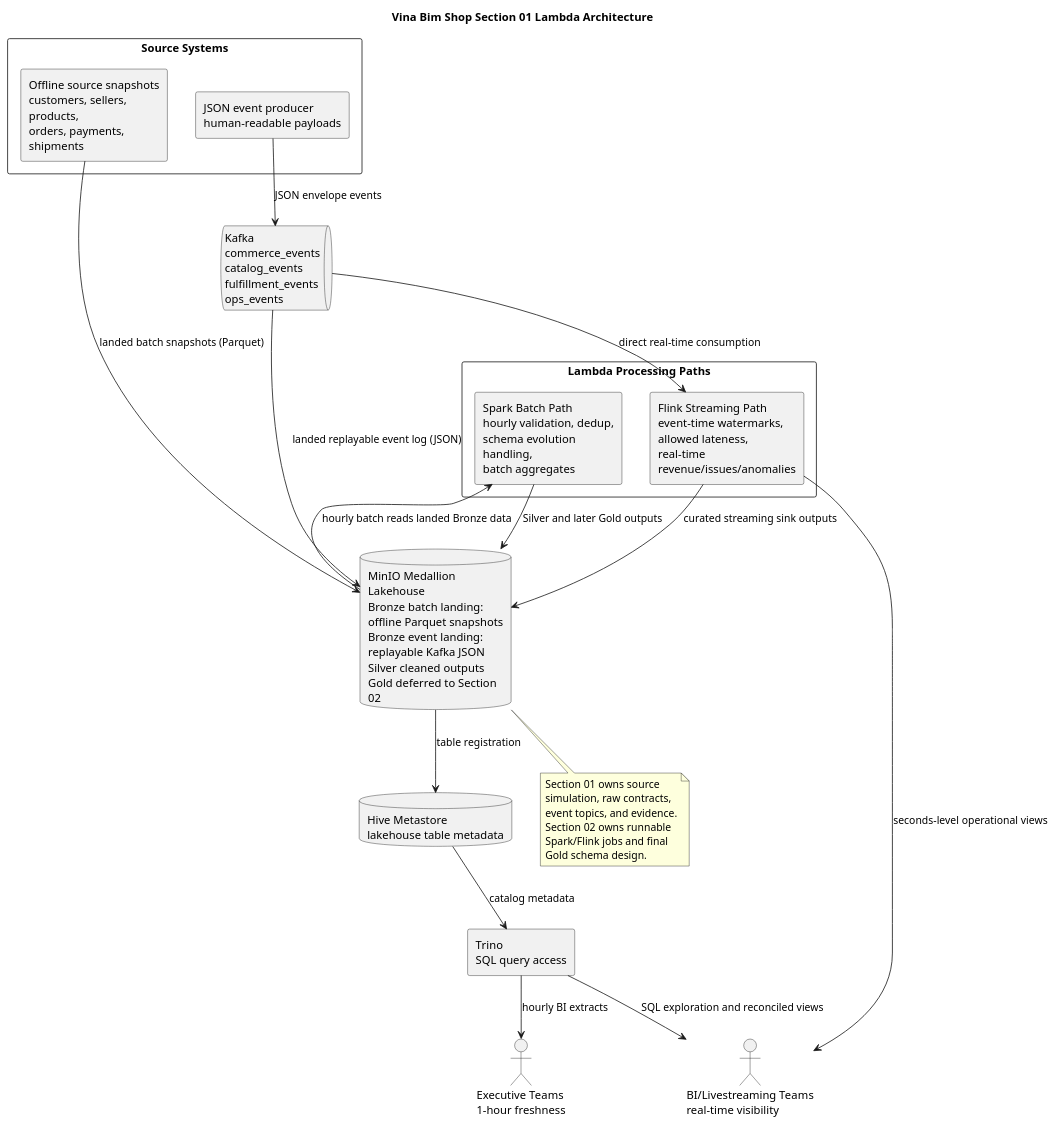
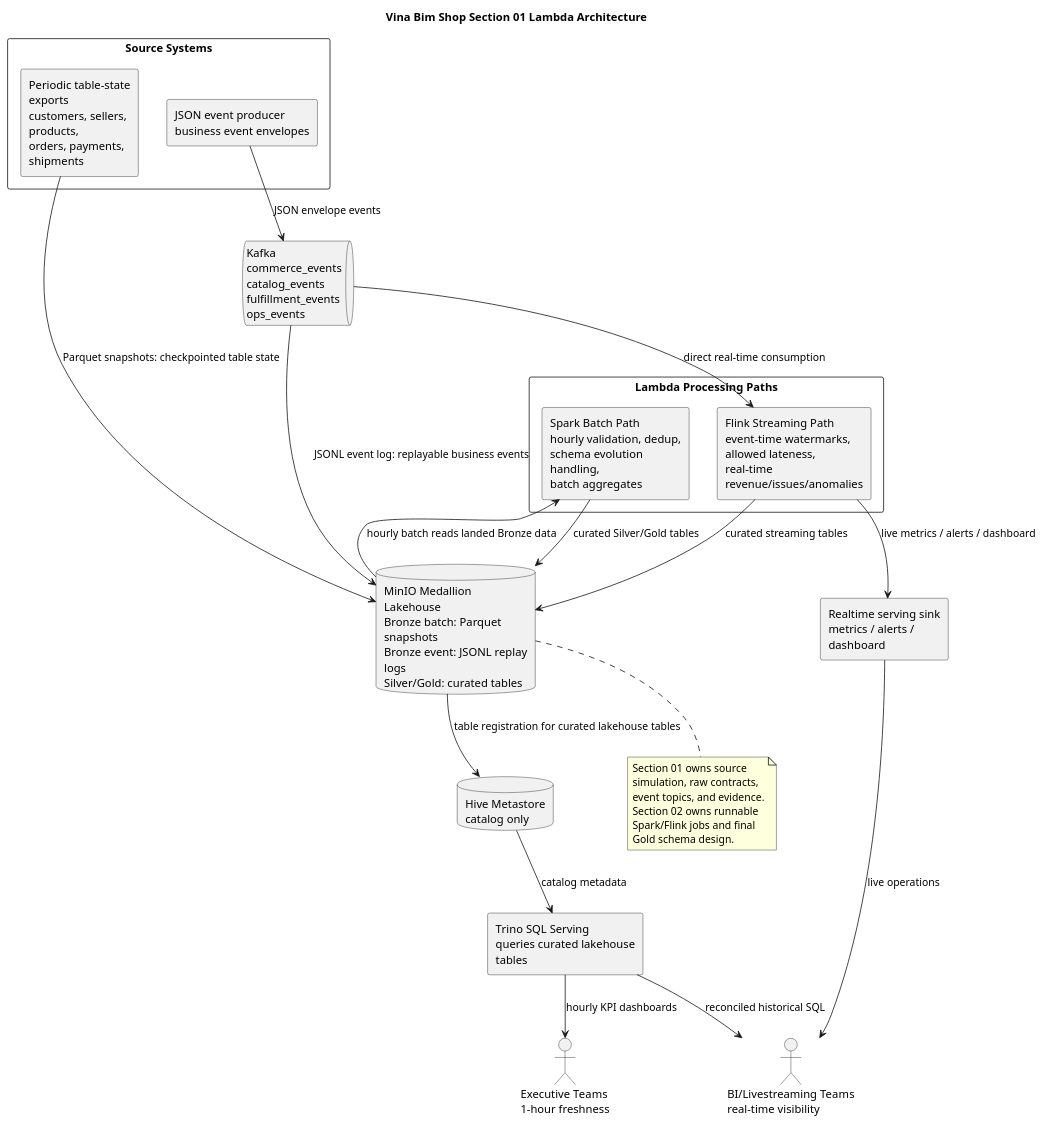
One commit to hhoangdo/ecom-data-platform changed the diagram in architecture/diagrams/lambda_architecture.puml. Above: the diagram before and after it, drawn with PlantUML. The commit also changed 9 other files, not shown here.

First line of the commit message:
Refactor Lambda architecture documentation and pipeline configuration

```diff
--- a/architecture/diagrams/lambda_architecture.puml
+++ b/architecture/diagrams/lambda_architecture.puml
@@ -1,45 +1,47 @@
 @startuml
 title Vina Bim Shop Section 01 Lambda Architecture
 
 skinparam componentStyle rectangle
 skinparam shadowing false
 skinparam wrapWidth 180
 
 actor "Executive Teams\n1-hour freshness" as Executive
 actor "BI/Livestreaming Teams\nreal-time visibility" as BI
 
 rectangle "Source Systems" as Sources {
-  component "Offline source snapshots\ncustomers, sellers, products,\norders, payments, shipments" as Offline
-  component "JSON event producer\nhuman-readable payloads" as Producer
+  component "Periodic table-state exports\ncustomers, sellers, products,\norders, payments, shipments" as Offline
+  component "JSON event producer\nbusiness event envelopes" as Producer
 }
 
 queue "Kafka\ncommerce_events\ncatalog_events\nfulfillment_events\nops_events" as Kafka
 
 rectangle "Lambda Processing Paths" as Lambda {
   component "Spark Batch Path\nhourly validation, dedup,\nschema evolution handling,\nbatch aggregates" as Spark
   component "Flink Streaming Path\nevent-time watermarks,\nallowed lateness,\nreal-time revenue/issues/anomalies" as Flink
 }
 
-database "MinIO Medallion Lakehouse\nBronze batch landing: offline Parquet snapshots\nBronze event landing: replayable Kafka JSON\nSilver cleaned outputs\nGold deferred to Section 02" as MinIO
-database "Hive Metastore\nlakehouse table metadata" as Hive
-component "Trino\nSQL query access" as Trino
+database "MinIO Medallion Lakehouse\nBronze batch: Parquet snapshots\nBronze event: JSONL replay logs\nSilver/Gold: curated tables" as MinIO
+database "Hive Metastore\ncatalog only" as Hive
+component "Trino SQL Serving\nqueries curated lakehouse tables" as Trino
+component "Realtime serving sink\nmetrics / alerts / dashboard" as Realtime
 
-Offline --> MinIO : landed batch snapshots (Parquet)
+Offline --> MinIO : Parquet snapshots: checkpointed table state
 Producer --> Kafka : JSON envelope events
 Kafka --> Flink : direct real-time consumption
-Kafka --> MinIO : landed replayable event log (JSON)
+Kafka --> MinIO : JSONL event log: replayable business events
 MinIO --> Spark : hourly batch reads landed Bronze data
-Spark --> MinIO : Silver and later Gold outputs
-Flink --> MinIO : curated streaming sink outputs
-MinIO --> Hive : table registration
+Spark --> MinIO : curated Silver/Gold tables
+Flink --> Realtime : live metrics / alerts / dashboard
+Realtime --> BI : live operations
+Flink --> MinIO : curated streaming tables
+MinIO --> Hive : table registration for curated lakehouse tables
 Hive --> Trino : catalog metadata
-Trino --> Executive : hourly BI extracts
-Flink --> BI : seconds-level operational views
-Trino --> BI : SQL exploration and reconciled views
+Trino --> Executive : hourly KPI dashboards
+Trino --> BI : reconciled historical SQL
 
 note bottom of MinIO
 Section 01 owns source simulation, raw contracts, event topics, and evidence.
 Section 02 owns runnable Spark/Flink jobs and final Gold schema design.
 end note
 
 @enduml
```
